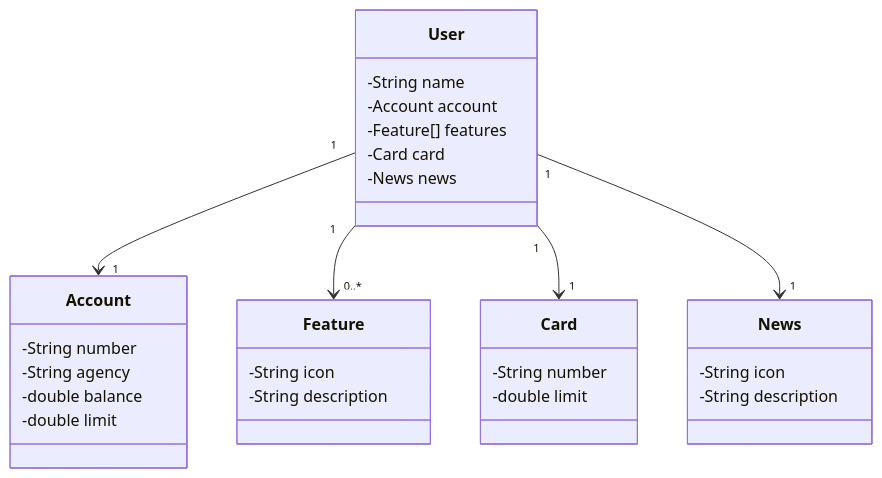
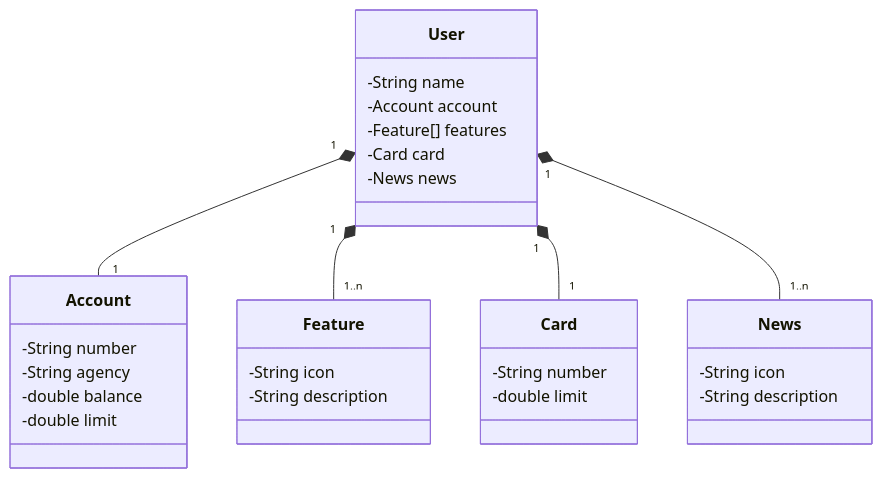
One commit to Viktoraxl/desafio-dio-api-nuvem-spring changed the diagram in README.md. Above: the diagram before and after it, drawn with Mermaid.

````diff
--- a/README.md
+++ b/README.md
@@ -5,37 +5,37 @@
 ```mermaid
 classDiagram
     class User {
         -String name
         -Account account
         -Feature[] features
         -Card card
         -News news
     }
 
     class Account {
         -String number
         -String agency
         -double balance
         -double limit
     }
 
     class Feature {
         -String icon
         -String description
     }
 
     class Card {
         -String number
         -double limit
     }
 
     class News {
         -String icon
         -String description
     }
 
-    User "1" --> "1" Account
-    User "1" --> "0..*" Feature
-    User "1" --> "1" Card
-    User "1" --> "1" News
+    User "1" *-- "1" Account
+    User "1" *-- "1..n" Feature
+    User "1" *-- "1" Card
+    User "1" *-- "1..n" News
 ```
````
